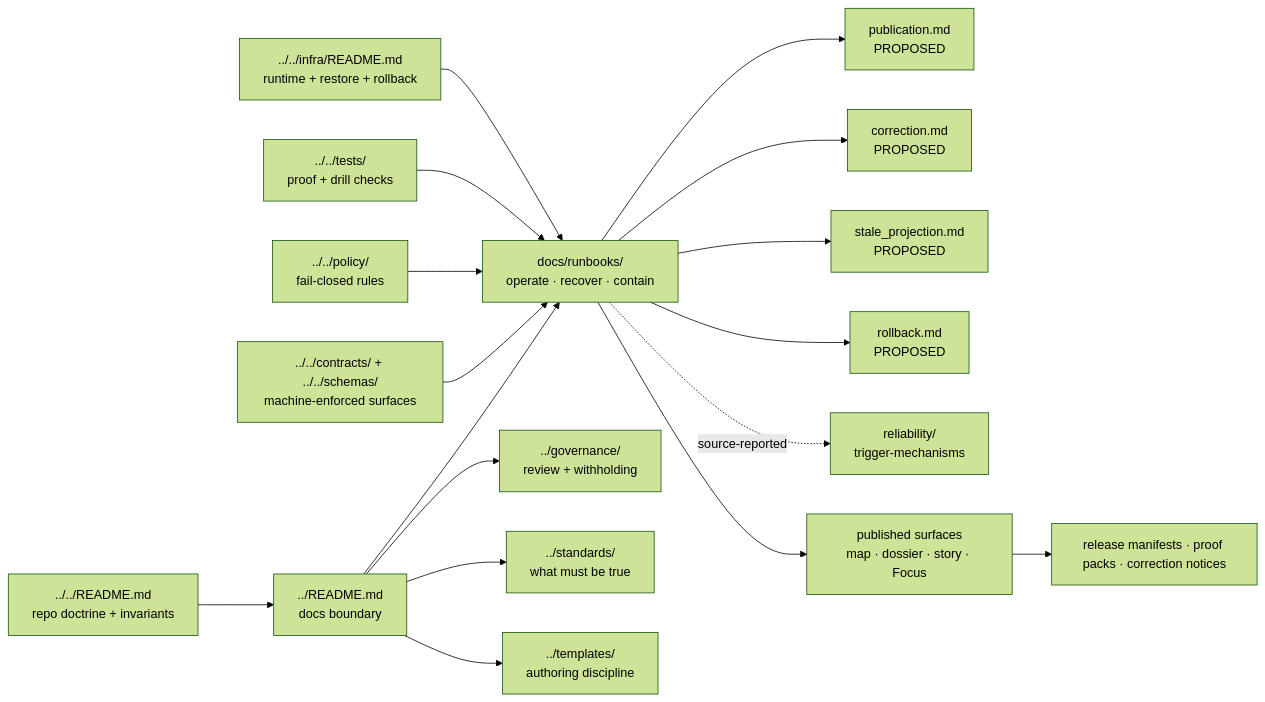
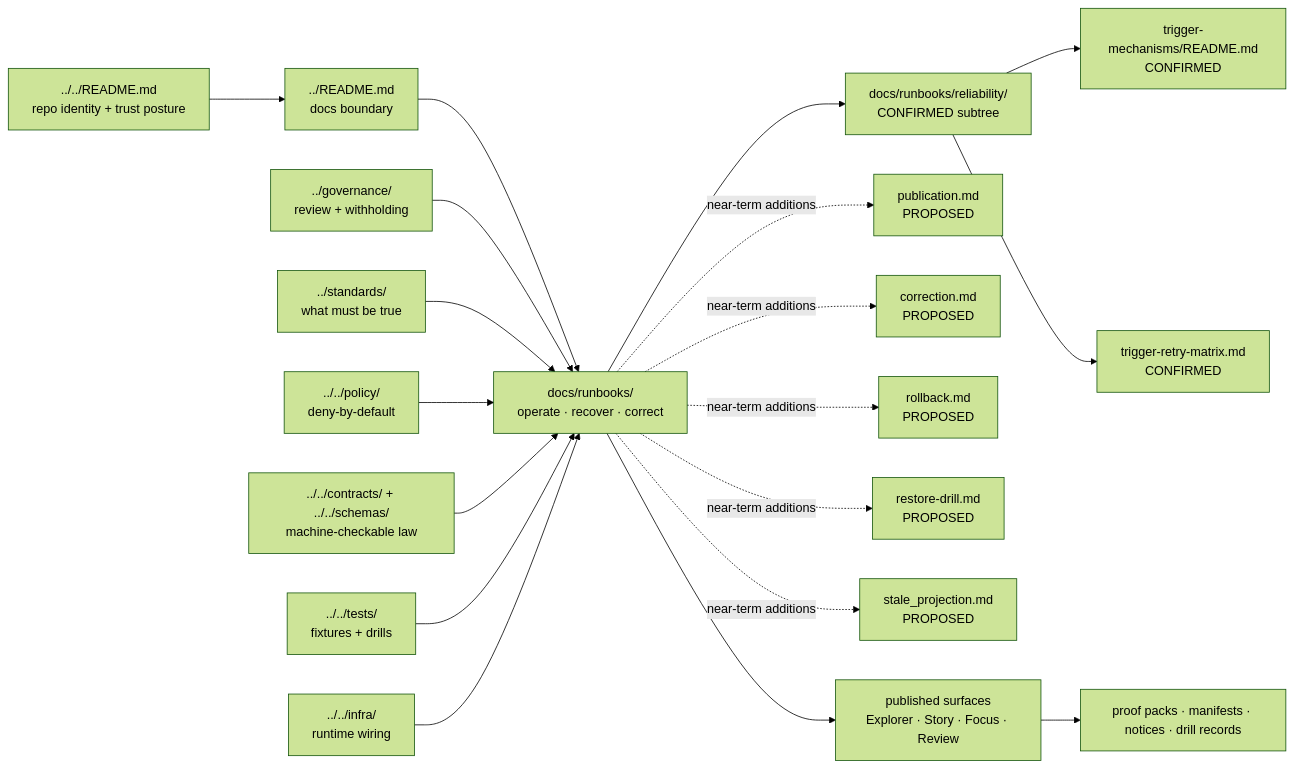
One commit to bartytime4life/Kansas-Frontier-Matrix changed the diagram in docs/runbooks/README.md. Above: the diagram before and after it, drawn with Mermaid (forest theme). The commit also changed other lines of this file, not shown here.

````diff
--- a/docs/runbooks/README.md
+++ b/docs/runbooks/README.md
@@ -242,32 +264,43 @@
 ```mermaid
 flowchart LR
-    ROOT["../../README.md<br/>repo doctrine + invariants"]
+    ROOT["../../README.md<br/>repo identity + trust posture"]
     DOCS["../README.md<br/>docs boundary"]
-    RUN["docs/runbooks/<br/>operate · recover · contain"]
+    RUN["docs/runbooks/<br/>operate · recover · correct"]
+    REL["docs/runbooks/reliability/<br/>CONFIRMED subtree"]
+    TM["trigger-mechanisms/README.md<br/>CONFIRMED"]
+    TR["trigger-retry-matrix.md<br/>CONFIRMED"]
+
     GOV["../governance/<br/>review + withholding"]
     STD["../standards/<br/>what must be true"]
-    TMP["../templates/<br/>authoring discipline"]
-    INFRA["../../infra/README.md<br/>runtime + restore + rollback"]
-    CONTRACTS["../../contracts/ + ../../schemas/<br/>machine-enforced surfaces"]
-    POLICY["../../policy/<br/>fail-closed rules"]
-    TESTS["../../tests/<br/>proof + drill checks"]
+    POL["../../policy/<br/>deny-by-default"]
+    CONTRACTS["../../contracts/ + ../../schemas/<br/>machine-checkable law"]
+    TESTS["../../tests/<br/>fixtures + drills"]
+    INFRA["../../infra/<br/>runtime wiring"]
 
-    RUN --> PUB["publication.md<br/>PROPOSED"]
-    RUN --> CORR["correction.md<br/>PROPOSED"]
-    RUN --> STALE["stale_projection.md<br/>PROPOSED"]
-    RUN --> RB["rollback.md<br/>PROPOSED"]
-    RUN -. source-reported .-> REL["reliability/<br/>trigger-mechanisms"]
+    PUB["publication.md<br/>PROPOSED"]
+    CORR["correction.md<br/>PROPOSED"]
+    RB["rollback.md<br/>PROPOSED"]
+    REST["restore-drill.md<br/>PROPOSED"]
+    STALE["stale_projection.md<br/>PROPOSED"]
 
     ROOT --> DOCS --> RUN
-    DOCS --> GOV
-    DOCS --> STD
-    DOCS --> TMP
+    RUN --> REL
+    REL --> TM
+    REL --> TR
 
+    GOV --> RUN
+    STD --> RUN
+    POL --> RUN
     CONTRACTS --> RUN
-    POLICY --> RUN
     TESTS --> RUN
     INFRA --> RUN
 
-    RUN --> SURFACES["published surfaces<br/>map · dossier · story · Focus"]
-    SURFACES --> EVIDENCE["release manifests · proof packs · correction notices"]
+    RUN -. near-term additions .-> PUB
+    RUN -. near-term additions .-> CORR
+    RUN -. near-term additions .-> RB
+    RUN -. near-term additions .-> REST
+    RUN -. near-term additions .-> STALE
+
+    RUN --> SURFACES["published surfaces<br/>Explorer · Story · Focus · Review"]
+    SURFACES --> EVIDENCE["proof packs · manifests · notices · drill records"]
 ```
````
